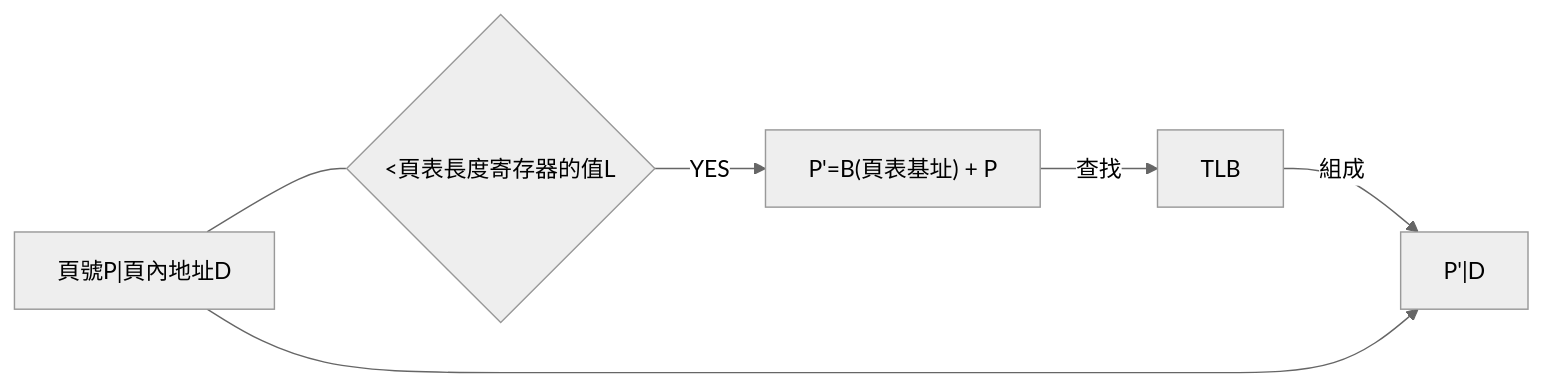
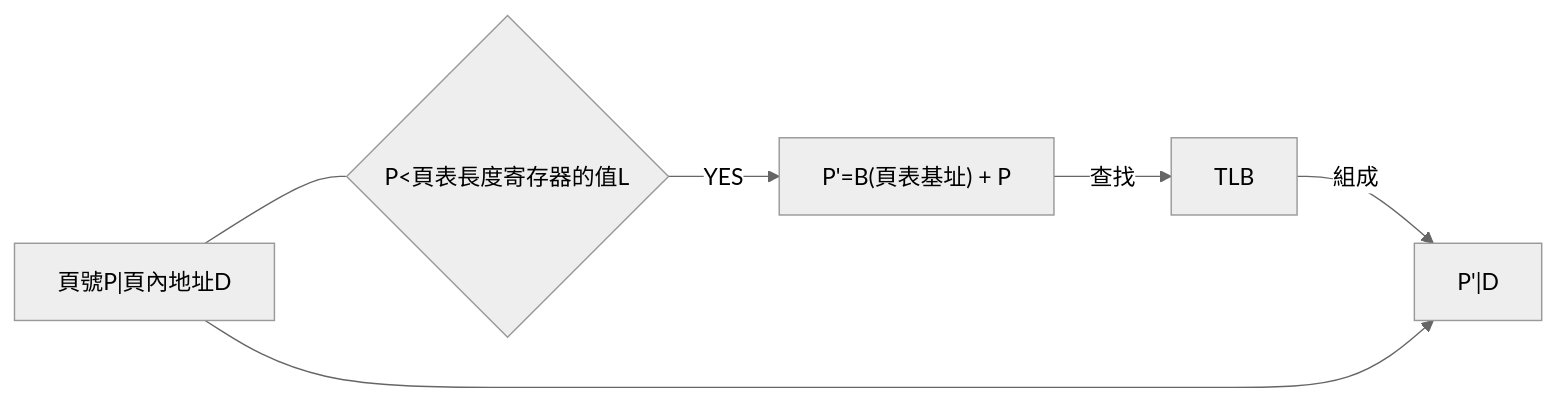
Before and after one commit to chchoiw/chchoiw.github.io: the fifth of 6 diagrams in _posts/2021-08-04-operating_system.md, drawn with Mermaid (neutral theme).

````diff
--- a/_posts/2021-08-04-operating_system.md
+++ b/_posts/2021-08-04-operating_system.md
@@ -237,9 +237,9 @@
 ```mermaid
 graph LR
 P["頁號P|頁內地址D"]
-P---L{<頁表長度寄存器的值L}
+P---L{P<頁表長度寄存器的值L}
 L--YES-->C["P'=B(頁表基址) + P"]
 C--查找-->T[TLB]
 T--組成-->G["P'|D"]
 P-->G
 ```
````
